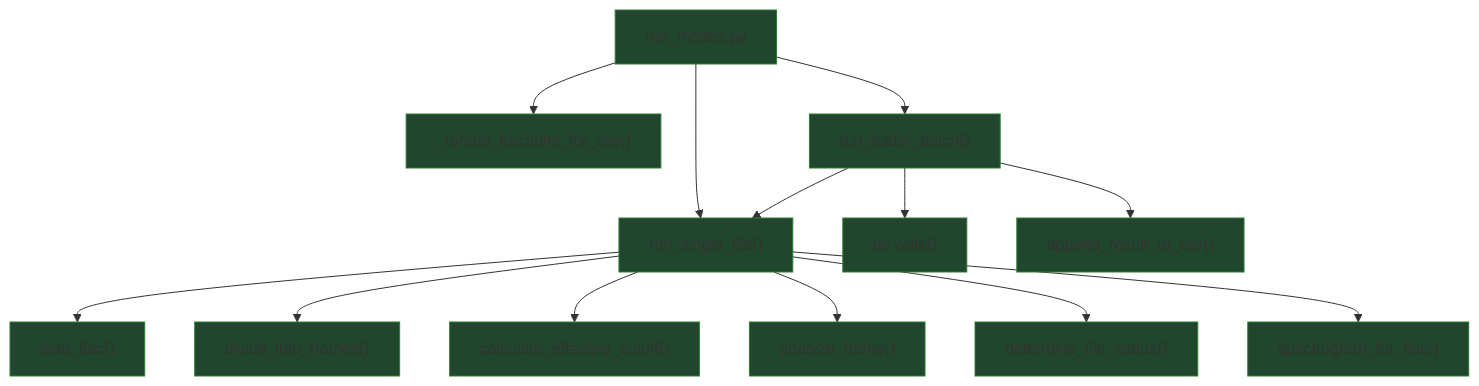
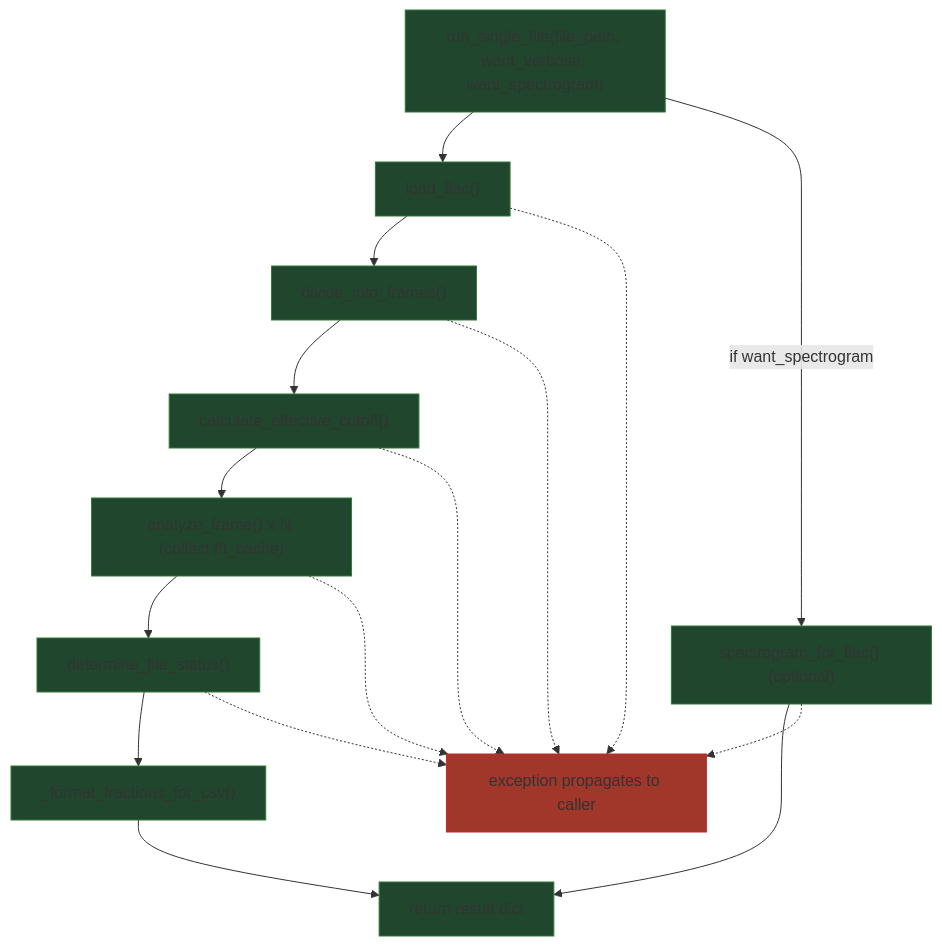
Before and after one commit to Mandache-Eduard/audio-analyzer: the first of 2 diagrams in docs/run_modes.md, drawn with Mermaid. The commit also changed other lines of this file and 6 other files, not shown here.

First line of the commit message:
Harden batch CSV handling and update docs

````diff
--- a/docs/run_modes.md
+++ b/docs/run_modes.md
@@ -99,24 +99,28 @@
 ```mermaid
 flowchart TD
     classDef ok fill:#20462d,stroke:#2e7d32;
+    classDef err fill:#a1362a,stroke:#c62828;
 
-    M["run_modes.py"]:::ok
+    F_single["run_single_file(file_path, want_verbose, want_spectrogram)"]:::ok
+    A_load["load_flac()"]:::ok
+    A_div["divide_into_frames()"]:::ok
+    A_cut["calculate_effective_cutoff()"]:::ok
+    A_af["analyze_frame() x N (collect fft_cache)"]:::ok
+    A_det["determine_file_status()"]:::ok
     F_fmt["_format_fractions_for_csv()"]:::ok
-    F_single["run_single_file()"]:::ok
-    F_batch["run_folder_batch()"]:::ok
+    A_spec["spectrogram_for_flac() (optional)"]:::ok
+    R_ret["return result dict"]:::ok
 
-    M --> F_fmt
-    M --> F_single
-    M --> F_batch
+    E_fail["exception propagates to caller"]:::err
 
-    F_single --> A_load["load_flac()"]:::ok
-    F_single --> A_div["divide_into_frames()"]:::ok
-    F_single --> A_cut["calculate_effective_cutoff()"]:::ok
-    F_single --> A_af["analyze_frame()"]:::ok
-    F_single --> A_det["determine_file_status()"]:::ok
-    F_single --> A_spec["spectrogram_for_flac()"]:::ok
+    F_single --> A_load --> A_div --> A_cut --> A_af --> A_det --> F_fmt --> R_ret
+    F_single -->|"if want_spectrogram"| A_spec --> R_ret
 
-    F_batch --> A_walk["os.walk()"]:::ok
-    F_batch --> F_single
-    F_batch --> A_csv["append_result_to_csv()"]:::ok
+    %% any internal call can raise; not caught here
+    A_load -.-> E_fail
+    A_div -.-> E_fail
+    A_cut -.-> E_fail
+    A_af -.-> E_fail
+    A_det -.-> E_fail
+    A_spec -.-> E_fail
 ```
````
